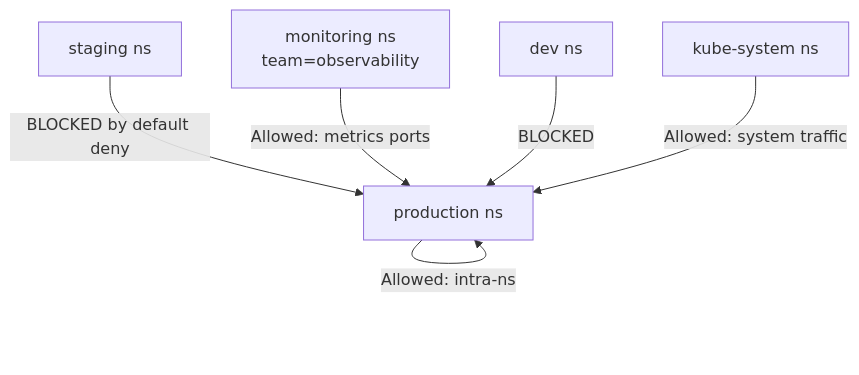
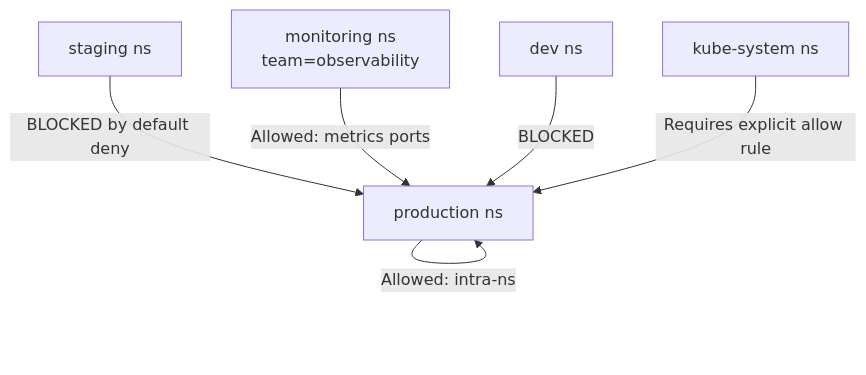
One commit to OneUptime/blog changed the diagram in posts/2026-03-13-configure-namespace-based-policies-calico/README.md. Above: the diagram before and after it, drawn with Mermaid. The commit also changed other lines of this file and 2 other files, not shown here.

````diff
--- a/posts/2026-03-13-configure-namespace-based-policies-calico/README.md
+++ b/posts/2026-03-13-configure-namespace-based-policies-calico/README.md
@@ -96,9 +96,8 @@
 ```mermaid
 flowchart TD
     A[production ns] -->|Allowed: intra-ns| A
     B[staging ns] -->|BLOCKED by default deny| A
-    C[monitoring ns
-team=observability] -->|Allowed: metrics ports| A
+    C["monitoring ns<br/>team=observability"] -->|Allowed: metrics ports| A
     D[dev ns] -->|BLOCKED| A
-    E[kube-system ns] -->|Allowed: system traffic| A
+    E[kube-system ns] -->|Requires explicit allow rule| A
 ```
````
